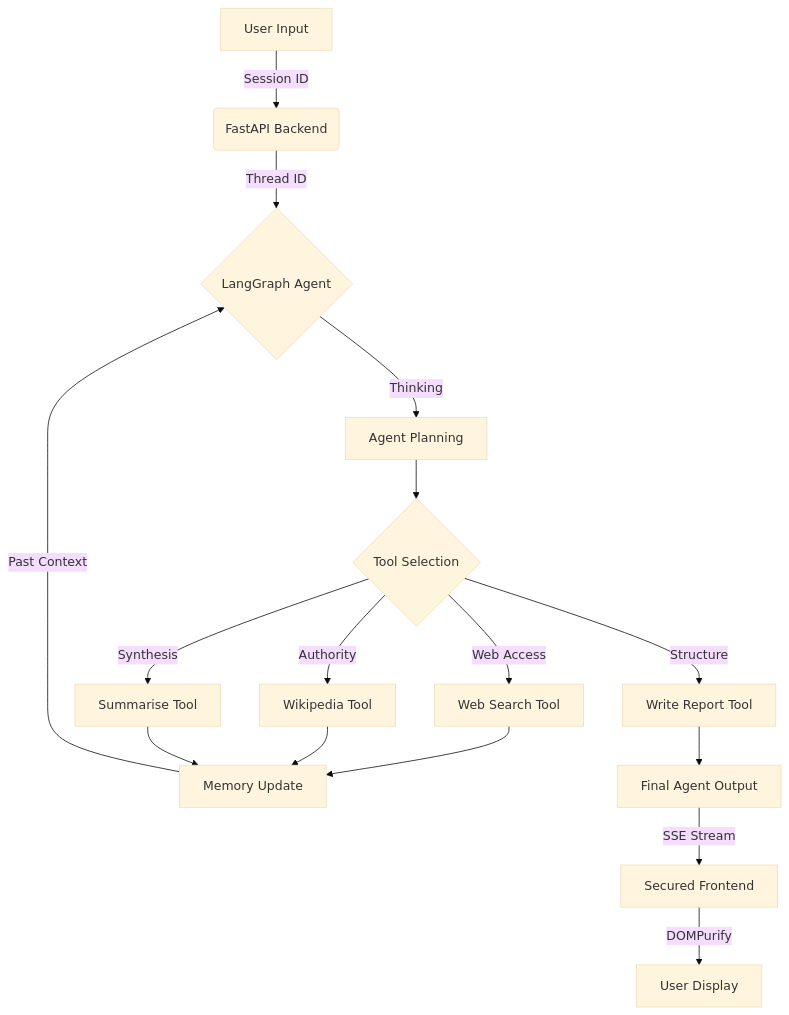
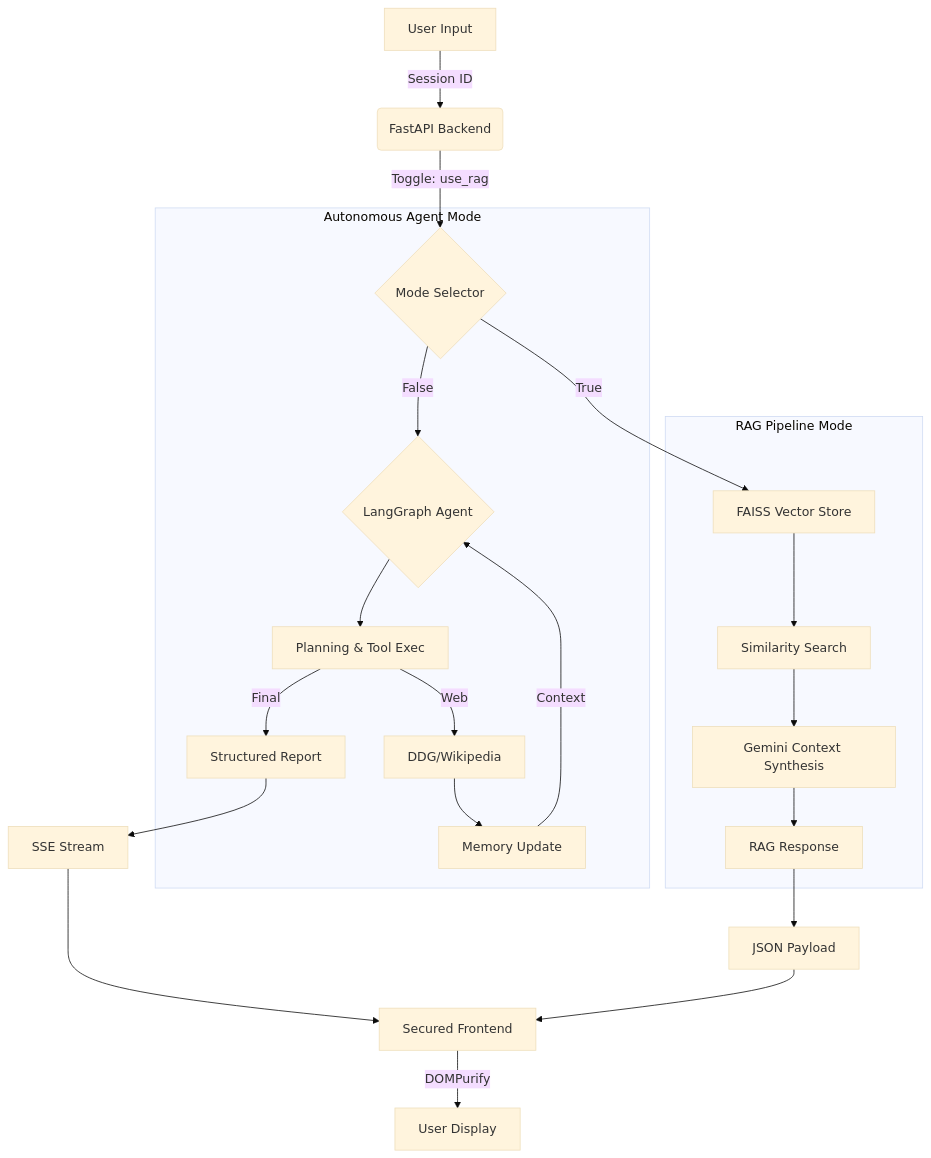
Before and after one commit to avy2025/TaskPilotAI-: the diagram in README.md, drawn with Mermaid (base theme). The commit also changed other lines of this file, not shown here.

Commit message:
docs: update README with RAG integration details

````diff
--- a/README.md
+++ b/README.md
@@ -21,18 +23,27 @@
 ```mermaid
 graph TD
     A[User Input] -->|Session ID| B(FastAPI Backend)
-    B -->|Thread ID| C{LangGraph Agent}
-    C -->|Thinking| D[Agent Planning]
-    D --> E{Tool Selection}
-    E -->|Web Access| F[Web Search Tool]
-    E -->|Authority| G[Wikipedia Tool]
-    E -->|Synthesis| H[Summarise Tool]
-    E -->|Structure| I[Write Report Tool]
-    F --> J[Memory Update]
-    G --> J
-    H --> J
-    I --> K[Final Agent Output]
-    J -->|Past Context| C
-    K -->|SSE Stream| L[Secured Frontend]
-    L -->|DOMPurify| M[User Display]
+    B -->|Toggle: use_rag| C{Mode Selector}
+    
+    subgraph "Autonomous Agent Mode"
+    C -->|False| D{LangGraph Agent}
+    D --> E[Planning & Tool Exec]
+    E -->|Web| F[DDG/Wikipedia]
+    F --> G[Memory Update]
+    G -->|Context| D
+    E -->|Final| H[Structured Report]
+    end
+
+    subgraph "RAG Pipeline Mode"
+    C -->|True| I[FAISS Vector Store]
+    I --> J[Similarity Search]
+    J --> K[Gemini Context Synthesis]
+    K --> L[RAG Response]
+    end
+
+    H --> M[SSE Stream]
+    L --> N[JSON Payload]
+    M --> O[Secured Frontend]
+    N --> O
+    O -->|DOMPurify| P[User Display]
 ```
````
